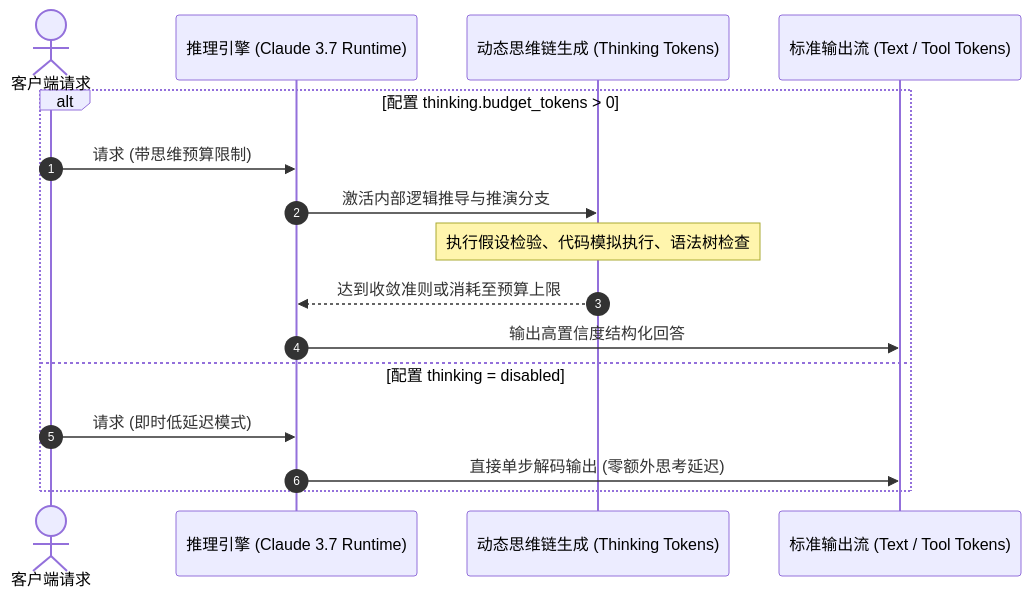
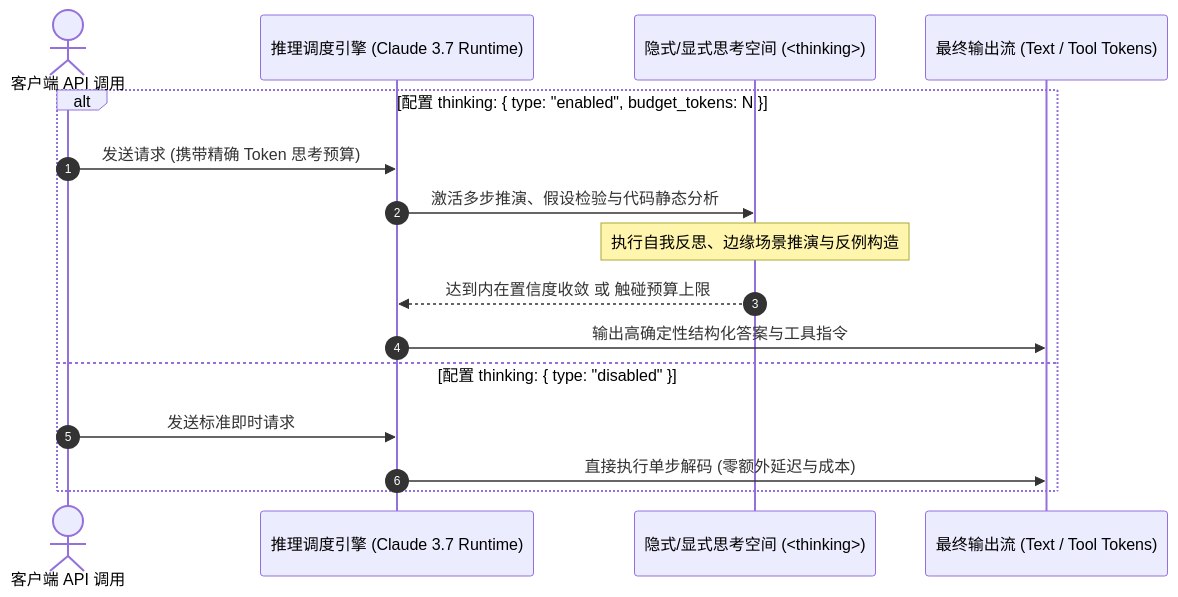
One commit to le-temps/le-temps.github.io changed the second of 3 diagrams in src/content/posts/2026-08-claude-3-7-sonnet-hybrid-reasoning-architecture.md. Above: the diagram before and after it, drawn with Mermaid. The commit also changed other lines of this file, not shown here.

Commit message:
feat(blog): update Claude 3.7 Sonnet technical report with official hybrid reasoning and Claude Code CLI agent runtime analysis

````diff
--- a/src/content/posts/2026-08-claude-3-7-sonnet-hybrid-reasoning-architecture.md
+++ b/src/content/posts/2026-08-claude-3-7-sonnet-hybrid-reasoning-architecture.md
@@ -48,19 +45,19 @@
 ```mermaid
 sequenceDiagram
     autonumber
-    actor User as 客户端请求
-    participant Engine as 推理引擎 (Claude 3.7 Runtime)
-    participant CoT as 动态思维链生成 (Thinking Tokens)
-    participant Output as 标准输出流 (Text / Tool Tokens)
+    actor Client as 客户端 API 调用
+    participant Engine as 推理调度引擎 (Claude 3.7 Runtime)
+    participant CoT as 隐式/显式思考空间 (<thinking>)
+    participant Out as 最终输出流 (Text / Tool Tokens)
 
-    alt 配置 thinking.budget_tokens > 0
-        User->>Engine: 请求 (带思维预算限制)
-        Engine->>CoT: 激活内部逻辑推导与推演分支
-        Note over CoT: 执行假设检验、代码模拟执行、语法树检查
-        CoT-->>Engine: 达到收敛准则或消耗至预算上限
-        Engine->>Output: 输出高置信度结构化回答
-    else 配置 thinking = disabled
-        User->>Engine: 请求 (即时低延迟模式)
-        Engine->>Output: 直接单步解码输出 (零额外思考延迟)
+    alt 配置 thinking: { type: "enabled", budget_tokens: N }
+        Client->>Engine: 发送请求 (携带精确 Token 思考预算)
+        Engine->>CoT: 激活多步推演、假设检验与代码静态分析
+        Note over CoT: 执行自我反思、边缘场景推演与反例构造
+        CoT-->>Engine: 达到内在置信度收敛 或 触碰预算上限
+        Engine->>Out: 输出高确定性结构化答案与工具指令
+    else 配置 thinking: { type: "disabled" }
+        Client->>Engine: 发送标准即时请求
+        Engine->>Out: 直接执行单步解码 (零额外延迟与成本)
     end
 ```
````
